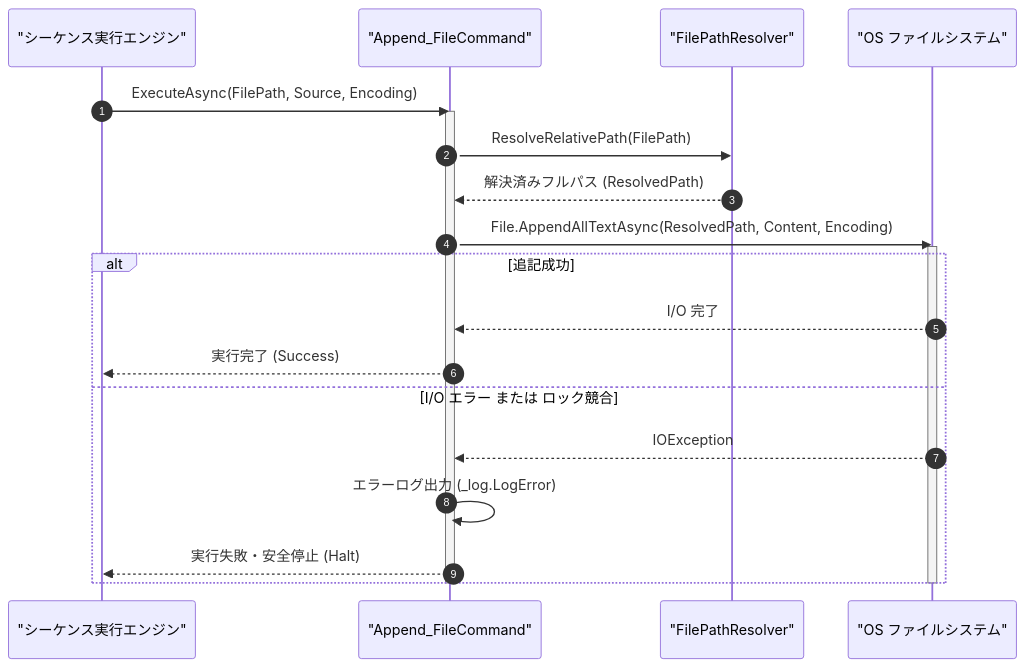
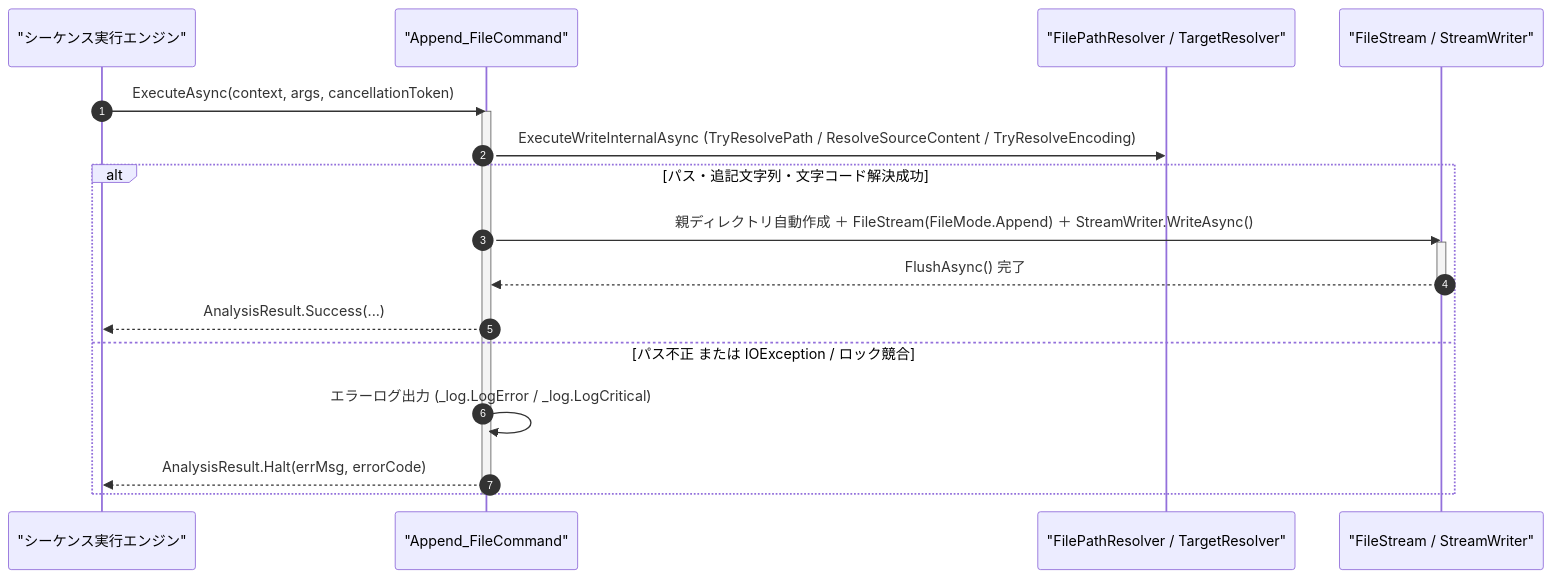
Before and after one commit to Monaca-App/TermAddIn: the diagram in Manual/Core/File/Append_File.Md, drawn with Mermaid. The commit also changed other lines of this file and 157 other files, not shown here.

````diff
--- a/Manual/Core/File/Append_File.Md
+++ b/Manual/Core/File/Append_File.Md
@@ -67,25 +67,23 @@
 ```mermaid
 sequenceDiagram
     autonumber
     participant Engine as "シーケンス実行エンジン"
     participant Cmd as "Append_FileCommand"
-    participant Resolver as "FilePathResolver"
-    participant FS as "OS ファイルシステム"
+    participant Resolver as "FilePathResolver / TargetResolver"
+    participant FS as "FileStream / StreamWriter"
 
-    Engine->>Cmd: ExecuteAsync(FilePath, Source, Encoding)
+    Engine->>Cmd: ExecuteAsync(context, args, cancellationToken)
     activate Cmd
-    Cmd->>Resolver: ResolveRelativePath(FilePath)
-    Resolver-->>Cmd: 解決済みフルパス (ResolvedPath)
-    Cmd->>FS: File.AppendAllTextAsync(ResolvedPath, Content, Encoding)
-    activate FS
-    alt 追記成功
-        FS-->>Cmd: I/O 完了
-        Cmd-->>Engine: 実行完了 (Success)
-    else I/O エラー または ロック競合
-        FS-->>Cmd: IOException
-        Cmd->>Cmd: エラーログ出力 (_log.LogError)
-        Cmd-->>Engine: 実行失敗・安全停止 (Halt)
+    Cmd->>Resolver: ExecuteWriteInternalAsync (TryResolvePath / ResolveSourceContent / TryResolveEncoding)
+    alt パス・追記文字列・文字コード解決成功
+        Cmd->>FS: 親ディレクトリ自動作成 ＋ FileStream(FileMode.Append) ＋ StreamWriter.WriteAsync()
+        activate FS
+        FS-->>Cmd: FlushAsync() 完了
+        deactivate FS
+        Cmd-->>Engine: AnalysisResult.Success(...)
+    else パス不正 または IOException / ロック競合
+        Cmd->>Cmd: エラーログ出力 (_log.LogError / _log.LogCritical)
+        Cmd-->>Engine: AnalysisResult.Halt(errMsg, errorCode)
     end
-    deactivate FS
     deactivate Cmd
 ```
````
